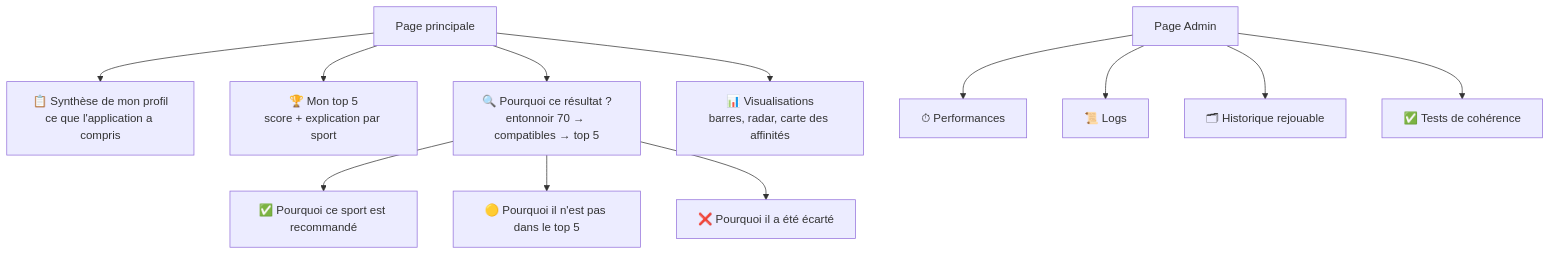
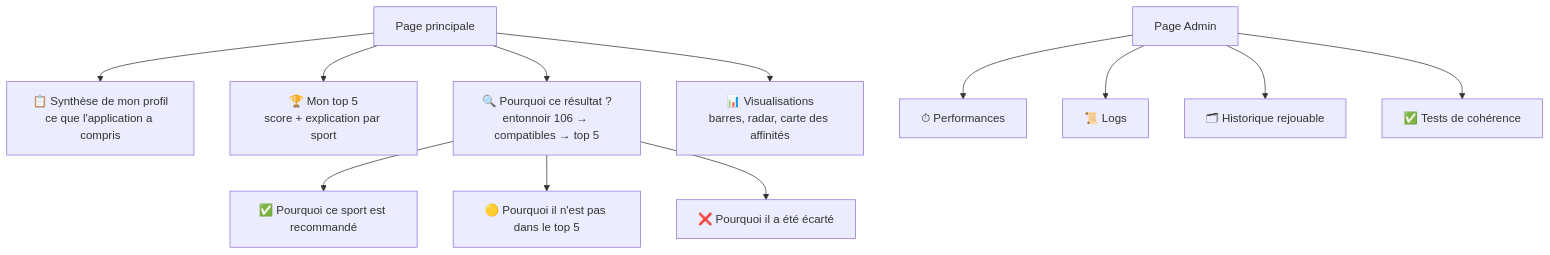
One commit to AntoineLal/ECE-Projet-NLP changed the third of 6 diagrams in README.md. Above: the diagram before and after it, drawn with Mermaid. The commit also changed other lines of this file and 7 other files, not shown here.

````diff
--- a/README.md
+++ b/README.md
@@ -105,14 +105,14 @@
 ```mermaid
 flowchart TB
     P["Page principale"] --> S["📋 Synthèse de mon profil<br/>ce que l'application a compris"]
     P --> T["🏆 Mon top 5<br/>score + explication par sport"]
-    P --> W["🔍 Pourquoi ce résultat ?<br/>entonnoir 70 → compatibles → top 5"]
+    P --> W["🔍 Pourquoi ce résultat ?<br/>entonnoir 106 → compatibles → top 5"]
     P --> V["📊 Visualisations<br/>barres, radar, carte des affinités"]
     W --> W1["✅ Pourquoi ce sport est recommandé"]
     W --> W2["🟡 Pourquoi il n'est pas dans le top 5"]
     W --> W3["❌ Pourquoi il a été écarté"]
     A["Page Admin"] --> A1["⏱ Performances"]
     A --> A2["📜 Logs"]
     A --> A3["🗂 Historique rejouable"]
     A --> A4["✅ Tests de cohérence"]
 ```
````
